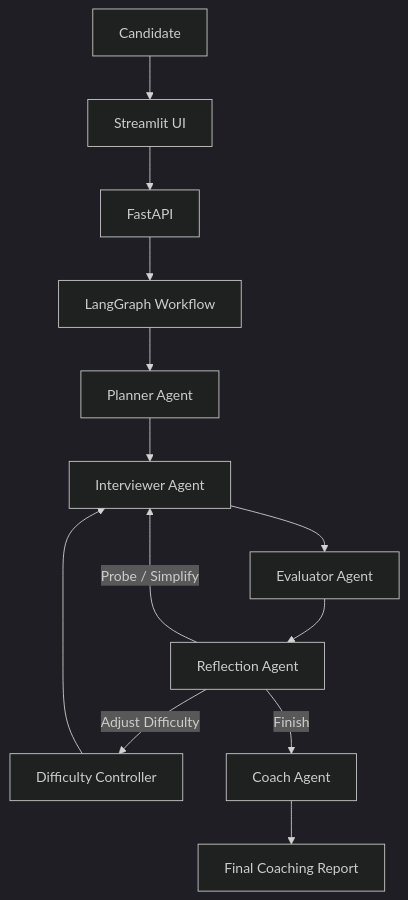
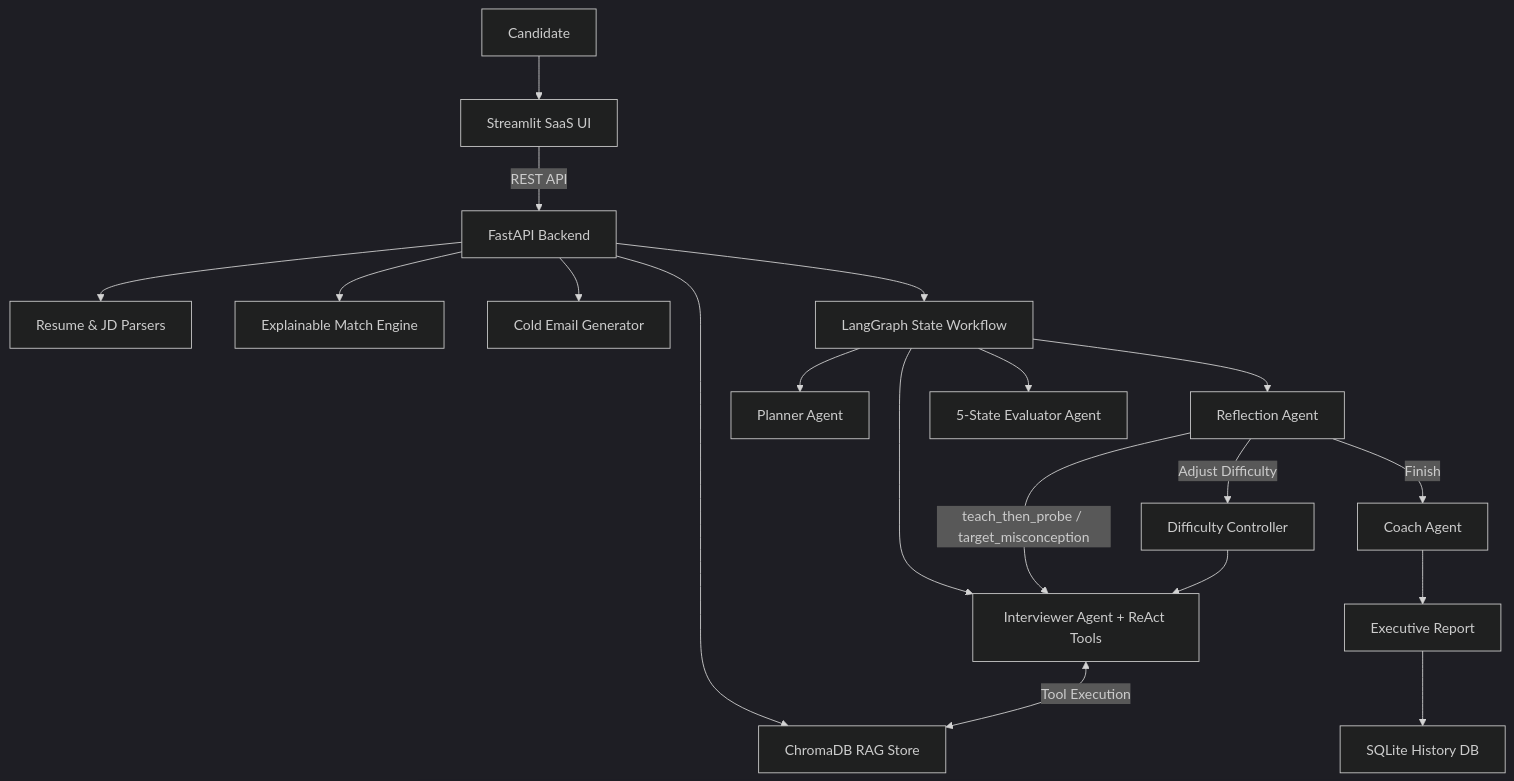
The diagram in mock-interview-ai/README.md (ansh62949/AI-Mock-Interview-Coach), drawn with Mermaid (dark theme) before and after one commit. The commit also changed other lines of this file and 39 other files, not shown here.

Commit message:
feat: enhance 5-state adaptive mock interview engine, RAG tools, UI trace & docs

````diff
--- a/mock-interview-ai/README.md
+++ b/mock-interview-ai/README.md
@@ -25,15 +34,21 @@
 ```mermaid
 flowchart TD
-    A[Candidate] --> B[Streamlit UI]
-    B --> C[FastAPI]
-    C --> D[LangGraph Workflow]
-    D --> E[Planner Agent]
-    E --> F[Interviewer Agent]
-    F --> G[Evaluator Agent]
-    G --> H[Reflection Agent]
-    H -->|Probe / Simplify| F
-    H -->|Adjust Difficulty| I[Difficulty Controller]
-    I --> F
-    H -->|Finish| J[Coach Agent]
-    J --> K[Final Coaching Report]
+    A[Candidate] --> B[Streamlit SaaS UI]
+    B -->|REST API| C[FastAPI Backend]
+    C --> D[Resume & JD Parsers]
+    C --> E[Explainable Match Engine]
+    C --> F[Cold Email Generator]
+    C --> G[ChromaDB RAG Store]
+    C --> H[LangGraph State Workflow]
+    H --> I[Planner Agent]
+    H --> J[Interviewer Agent + ReAct Tools]
+    J <-->|Tool Execution| G
+    H --> K[5-State Evaluator Agent]
+    H --> L[Reflection Agent]
+    L -->|teach_then_probe / target_misconception| J
+    L -->|Adjust Difficulty| M[Difficulty Controller]
+    M --> J
+    L -->|Finish| N[Coach Agent]
+    N --> O[Executive Report]
+    O --> P[SQLite History DB]
 ```
````
